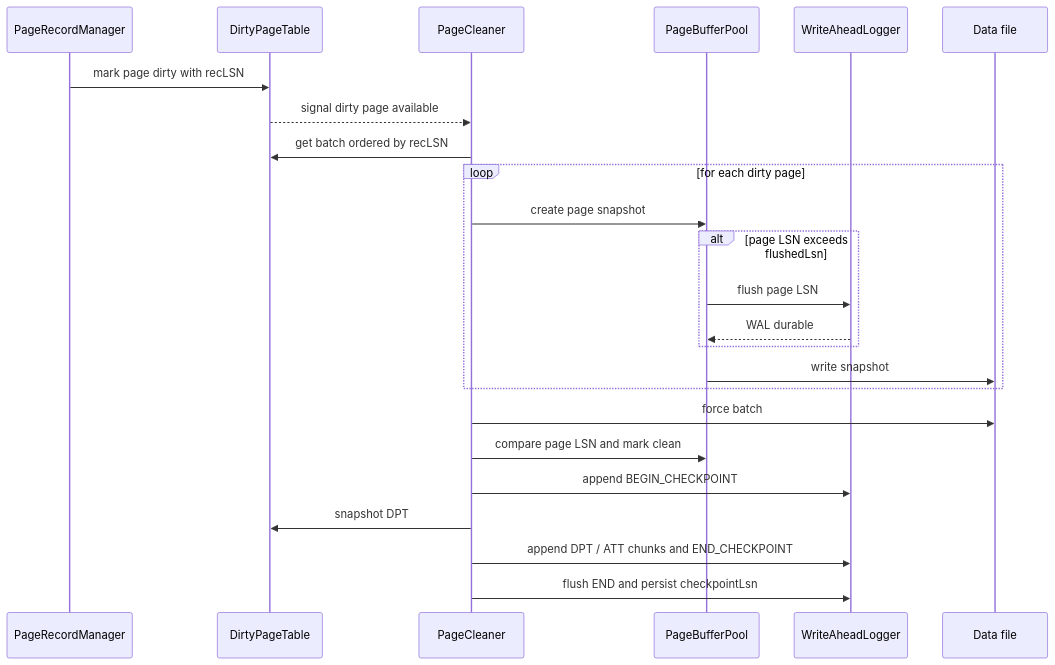
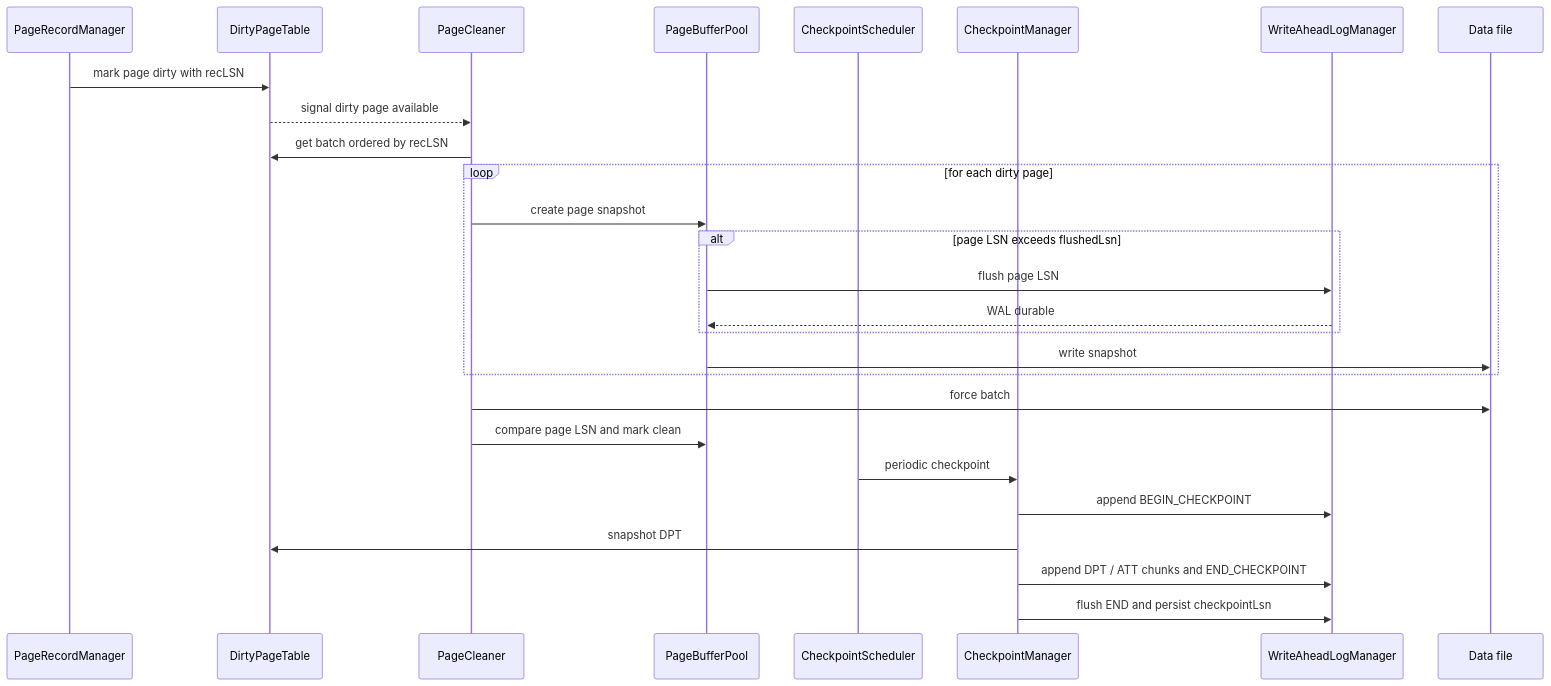
One commit to SarekCuimian/minisql changed the eighth of 8 diagrams in docs/architecture/06-runtime.md. Above: the diagram before and after it, drawn with Mermaid. The commit also changed other lines of this file and 29 other files, not shown here.

````diff
--- a/docs/architecture/06-runtime.md
+++ b/docs/architecture/06-runtime.md
@@ -195,27 +220,30 @@
 ```mermaid
 sequenceDiagram
     participant R as PageRecordManager
     participant D as DirtyPageTable
     participant C as PageCleaner
     participant P as PageBufferPool
-    participant L as WriteAheadLogger
+    participant S as CheckpointScheduler
+    participant K as CheckpointManager
+    participant L as WriteAheadLogManager
     participant F as Data file
 
     R->>D: mark page dirty with recLSN
     D-->>C: signal dirty page available
     C->>D: get batch ordered by recLSN
     loop for each dirty page
         C->>P: create page snapshot
         alt page LSN exceeds flushedLsn
             P->>L: flush page LSN
             L-->>P: WAL durable
         end
         P->>F: write snapshot
     end
     C->>F: force batch
     C->>P: compare page LSN and mark clean
-    C->>L: append BEGIN_CHECKPOINT
-    C->>D: snapshot DPT
-    C->>L: append DPT / ATT chunks and END_CHECKPOINT
-    C->>L: flush END and persist checkpointLsn
+    S->>K: periodic checkpoint
+    K->>L: append BEGIN_CHECKPOINT
+    K->>D: snapshot DPT
+    K->>L: append DPT / ATT chunks and END_CHECKPOINT
+    K->>L: flush END and persist checkpointLsn
 ```
````
